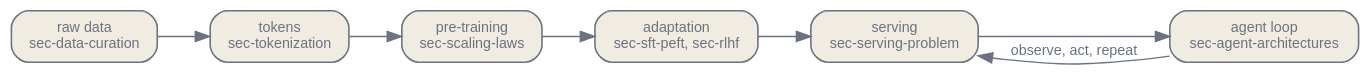
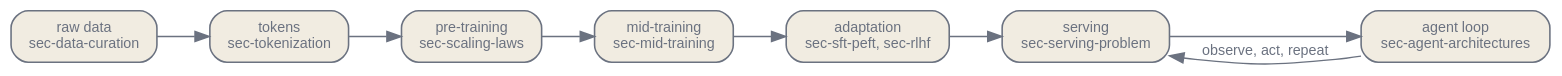
The first of 3 diagrams in en/orientation/01-whole-stack.qmd (latere-ai/ai-as-an-infrastructure), drawn with Graphviz before and after one commit. The commit also changed other lines of this file and 22 other files, not shown here.

Commit message:
foundations: add mid-training bridge chapter

````diff
--- a/en/orientation/01-whole-stack.qmd
+++ b/en/orientation/01-whole-stack.qmd
@@ -102,23 +109,25 @@
 ```{dot}
 //| label: fig-whole-stack-pipeline
 //| fig-cap: "One request traced through the stack, from a web-scraped corpus to an agent loop that observes and acts. Each box names the layer and the chapter that owns it."
 digraph {
   bgcolor="transparent";
   rankdir=LR;
   nodesep=0.4; ranksep=0.5;
   node [shape=box, style="rounded,filled", fontname="Helvetica", fontsize=10, color="#6b7280", fontcolor="#6b7280", fillcolor="#f1ece1", penwidth=1.1];
   edge [fontsize=10, fontname="Helvetica", color="#6b7280", fontcolor="#6b7280"];
   D [label="raw data\nsec-data-curation"];
   T [label="tokens\nsec-tokenization"];
   P [label="pre-training\nsec-scaling-laws"];
+  M [label="mid-training\nsec-mid-training"];
   A [label="adaptation\nsec-sft-peft, sec-rlhf"];
   S [label="serving\nsec-serving-problem"];
   G [label="agent loop\nsec-agent-architectures"];
   D -> T;
   T -> P;
-  P -> A;
+  P -> M;
+  M -> A;
   A -> S;
   S -> G;
   G -> S [label="observe, act, repeat"];
 }
 ```
````
